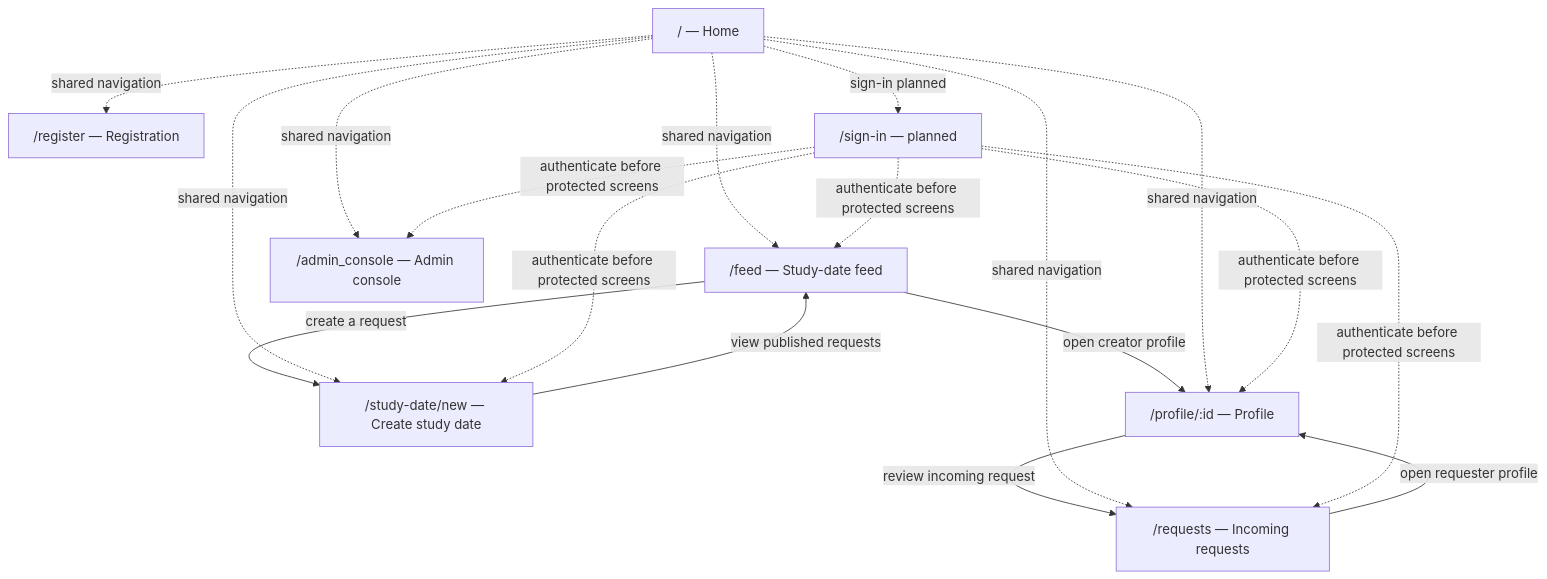
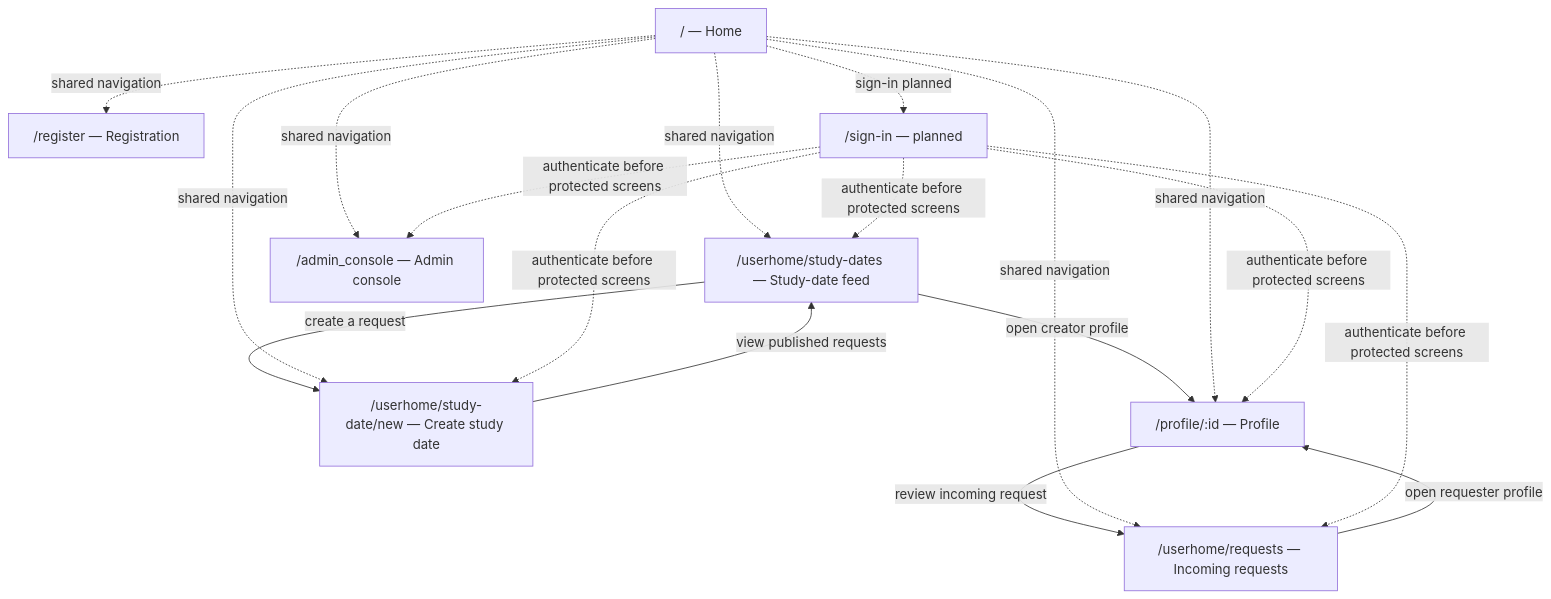
One commit to SE-FDA-NEU-AI66B/G8-DatingApp-AI66B changed the diagram in docs/traceability.md. Above: the diagram before and after it, drawn with Mermaid. The commit also changed other lines of this file and 10 other files, not shown here.

````diff
--- a/docs/traceability.md
+++ b/docs/traceability.md
@@ -71,28 +71,28 @@
 ```mermaid
 flowchart TD
     Home["/ — Home"]
     Register["/register — Registration"]
-    Feed["/feed — Study-date feed"]
-    Create["/study-date/new — Create study date"]
+    Feed["/userhome/study-dates — Study-date feed"]
+    Create["/userhome/study-date/new — Create study date"]
     Profile["/profile/:id — Profile"]
-    Requests["/requests — Incoming requests"]
+    Requests["/userhome/requests — Incoming requests"]
     Admin["/admin_console — Admin console"]
 
     Feed -->|create a request| Create
     Create -->|view published requests| Feed
     Feed -->|open creator profile| Profile
     Profile -->|review incoming request| Requests
     Requests -->|open requester profile| Profile
     Home -. shared navigation .-> Register
     Home -. shared navigation .-> Feed
     Home -. shared navigation .-> Create
     Home -. shared navigation .-> Profile
     Home -. shared navigation .-> Requests
     Home -. shared navigation .-> Admin
     Home -. sign-in planned .-> SignIn["/sign-in — planned"]
     SignIn -. authenticate before protected screens .-> Feed
     SignIn -. authenticate before protected screens .-> Create
     SignIn -. authenticate before protected screens .-> Profile
     SignIn -. authenticate before protected screens .-> Requests
     SignIn -. authenticate before protected screens .-> Admin
 ```
````
